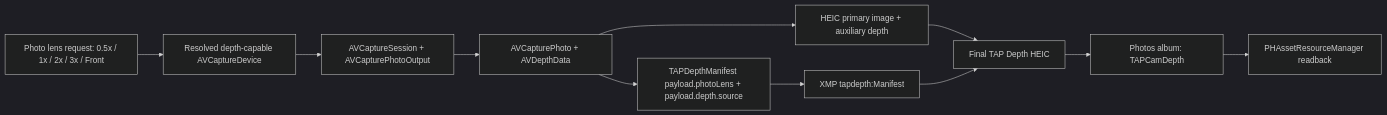
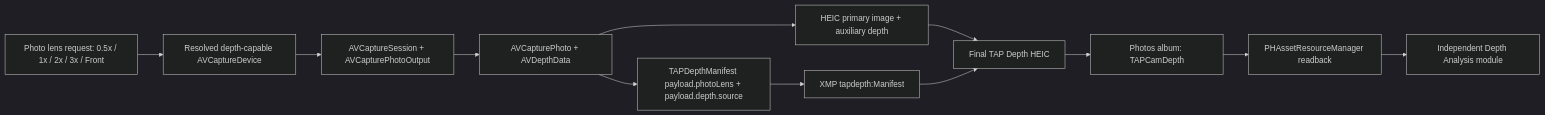
Before and after one commit to TAP-NAP/TAPCamDemo: the first of 2 diagrams in README.md, drawn with Mermaid (dark theme). The commit also changed other lines of this file and 8 other files, not shown here.

Commit message:
Add depth analysis module and recent album preview

````diff
--- a/README.md
+++ b/README.md
@@ -7,13 +7,14 @@
 ```mermaid
 flowchart LR
     A["Photo lens request: 0.5x / 1x / 2x / 3x / Front"] --> B["Resolved depth-capable AVCaptureDevice"]
     B --> C["AVCaptureSession + AVCapturePhotoOutput"]
     C --> D["AVCapturePhoto + AVDepthData"]
     D --> E["HEIC primary image + auxiliary depth"]
     D --> F["TAPDepthManifest payload.photoLens + payload.depth.source"]
     F --> G["XMP tapdepth:Manifest"]
     E --> H["Final TAP Depth HEIC"]
     G --> H
     H --> I["Photos album: TAPCamDepth"]
     I --> J["PHAssetResourceManager readback"]
+    J --> K["Independent Depth Analysis module"]
 ```
````
